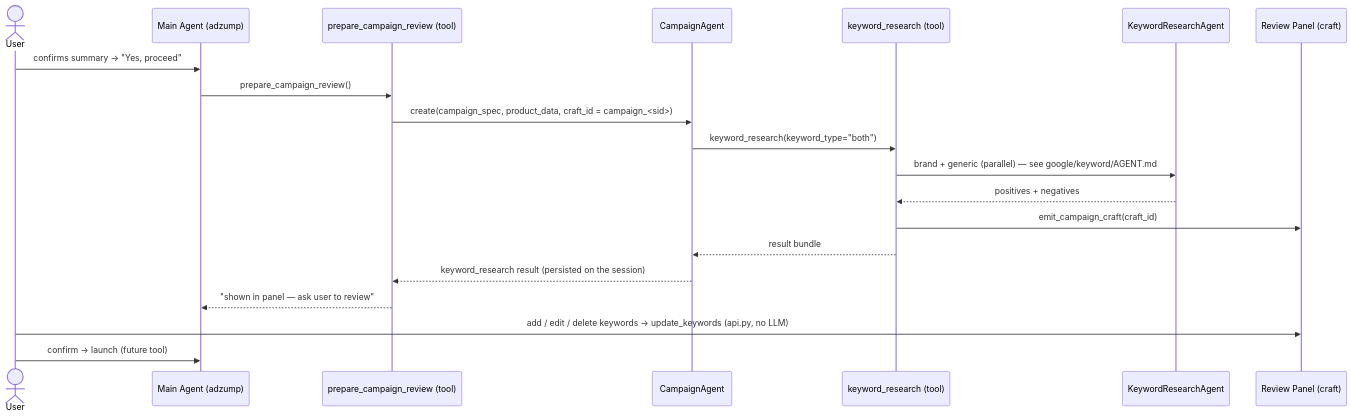
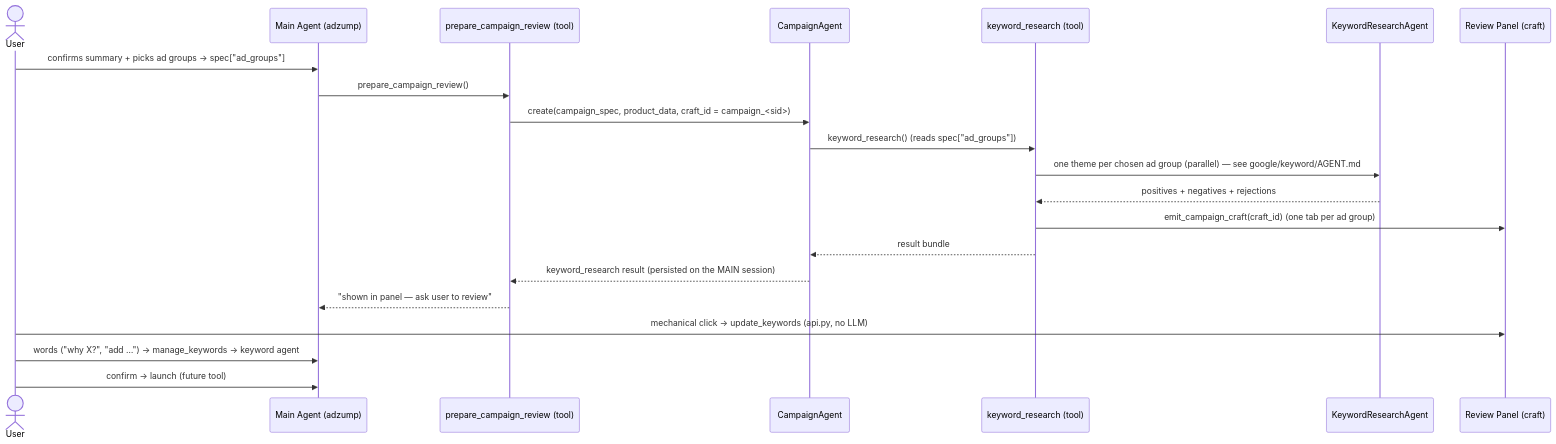
The diagram in app/agents/adzump/agents/campaign/AGENT.md (modlix-india/nocode-ai), drawn with Mermaid before and after one commit. The commit also changed other lines of this file and 24 other files, not shown here.

Commit message:
feat(adzump-keyword): split generate/manage agent instances; unify card labels; fix manage prompt var leak

````diff
--- a/app/agents/adzump/agents/campaign/AGENT.md
+++ b/app/agents/adzump/agents/campaign/AGENT.md
@@ -19,23 +20,24 @@
 ```mermaid
 sequenceDiagram
     actor User
     participant Main as Main Agent (adzump)
     participant CC as prepare_campaign_review (tool)
     participant CA as CampaignAgent
     participant KR as keyword_research (tool)
     participant KA as KeywordResearchAgent
     participant Panel as Review Panel (craft)
 
-    User->>Main: confirms summary → "Yes, proceed"
+    User->>Main: confirms summary + picks ad groups → spec["ad_groups"]
     Main->>CC: prepare_campaign_review()
     CC->>CA: create(campaign_spec, product_data, craft_id = campaign_<sid>)
-    CA->>KR: keyword_research(keyword_type="both")
-    KR->>KA: brand + generic (parallel) — see google/keyword/AGENT.md
-    KA-->>KR: positives + negatives
-    KR->>Panel: emit_campaign_craft(craft_id)
+    CA->>KR: keyword_research()  (reads spec["ad_groups"])
+    KR->>KA: one theme per chosen ad group (parallel) — see google/keyword/AGENT.md
+    KA-->>KR: positives + negatives + rejections
+    KR->>Panel: emit_campaign_craft(craft_id)  (one tab per ad group)
     KR-->>CA: result bundle
-    CA-->>CC: keyword_research result (persisted on the session)
+    CA-->>CC: keyword_research result (persisted on the MAIN session)
     CC-->>Main: "shown in panel — ask user to review"
-    User->>Panel: add / edit / delete keywords → update_keywords (api.py, no LLM)
+    User->>Panel: mechanical click → update_keywords (api.py, no LLM)
+    User->>Main: words ("why X?", "add …") → manage_keywords → keyword agent
     User->>Main: confirm → launch (future tool)
 ```
````
